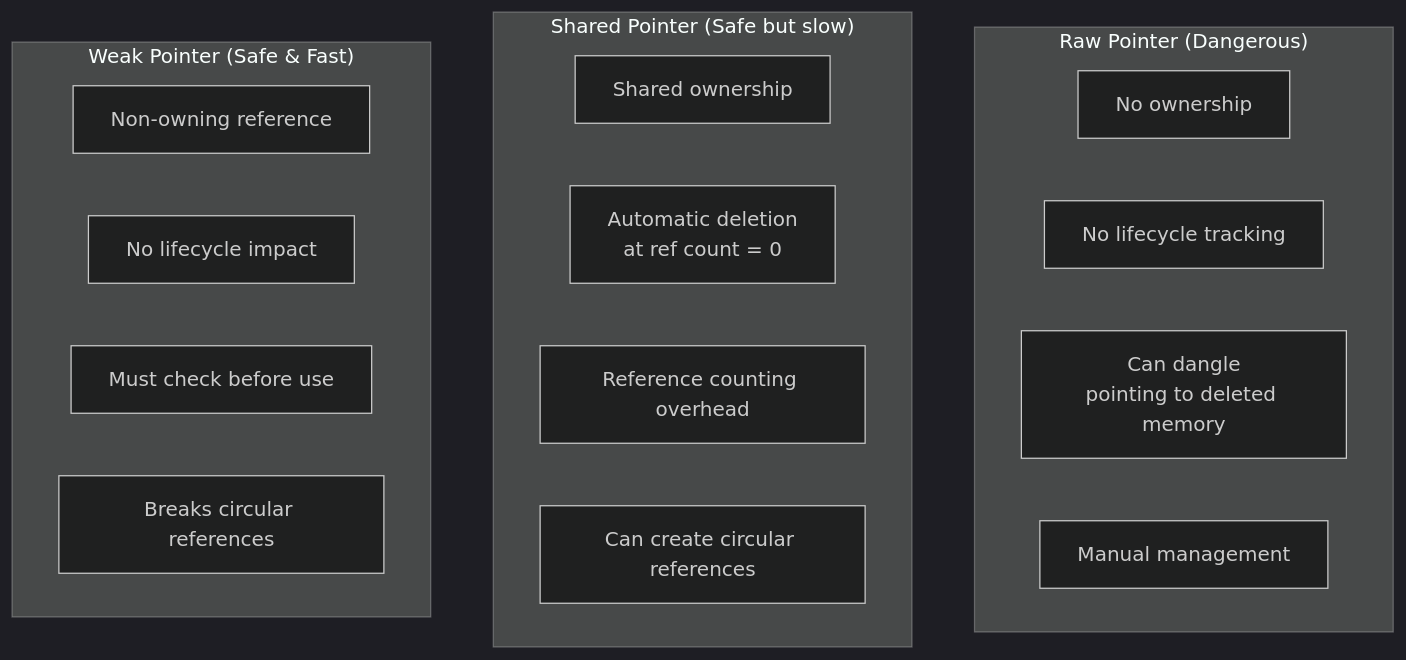
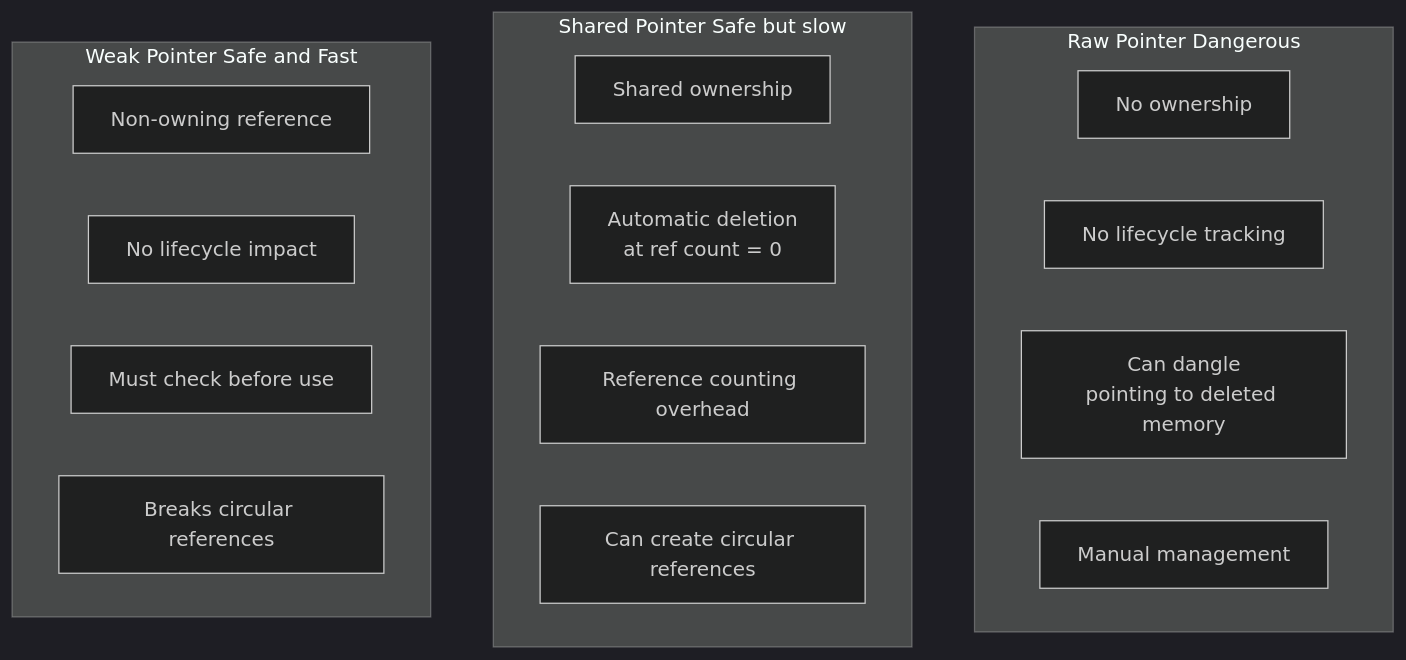
One commit to sushmitassathe25/Cpp-Pointers changed diagram 11 of 11 in Weak pointers.md. Above: the diagram before and after it, drawn with Mermaid (dark theme). The commit also changed other lines of this file, not shown here.

Commit message:
Fix mermaid diagram syntax in Weak Pointer Lifecycle section

````diff
--- a/Weak pointers.md
+++ b/Weak pointers.md
@@ -630,23 +630,23 @@
 ```mermaid
 graph TD
-    subgraph Raw["Raw Pointer (Dangerous)"]
+    subgraph Raw["Raw Pointer Dangerous"]
         A1["No ownership"]
         A2["No lifecycle tracking"]
         A3["Can dangle<br/>pointing to deleted memory"]
         A4["Manual management"]
     end
     
-    subgraph Shared["Shared Pointer (Safe but slow)"]
+    subgraph Shared["Shared Pointer Safe but slow"]
         B1["Shared ownership"]
         B2["Automatic deletion<br/>at ref count = 0"]
         B3["Reference counting overhead"]
         B4["Can create circular references"]
     end
     
-    subgraph Weak["Weak Pointer (Safe & Fast)"]
+    subgraph Weak["Weak Pointer Safe and Fast"]
         C1["Non-owning reference"]
         C2["No lifecycle impact"]
         C3["Must check before use"]
         C4["Breaks circular references"]
     end
 ```
````
